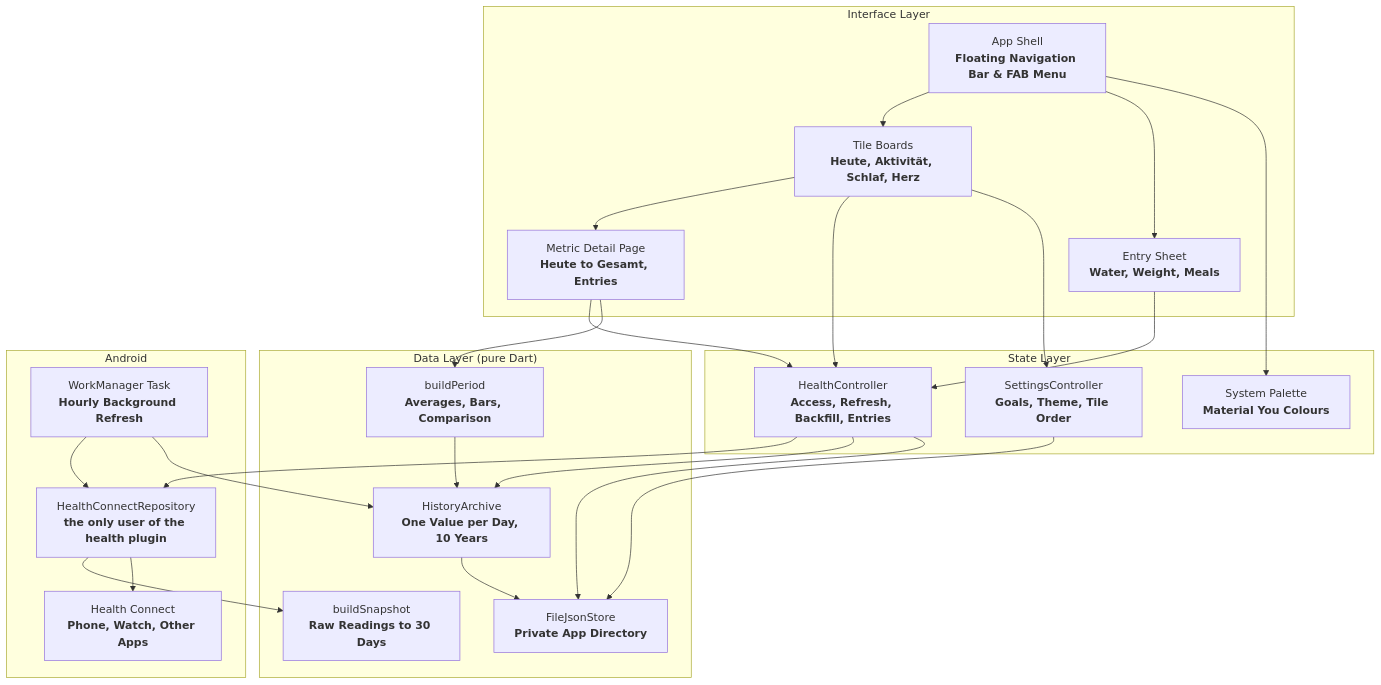
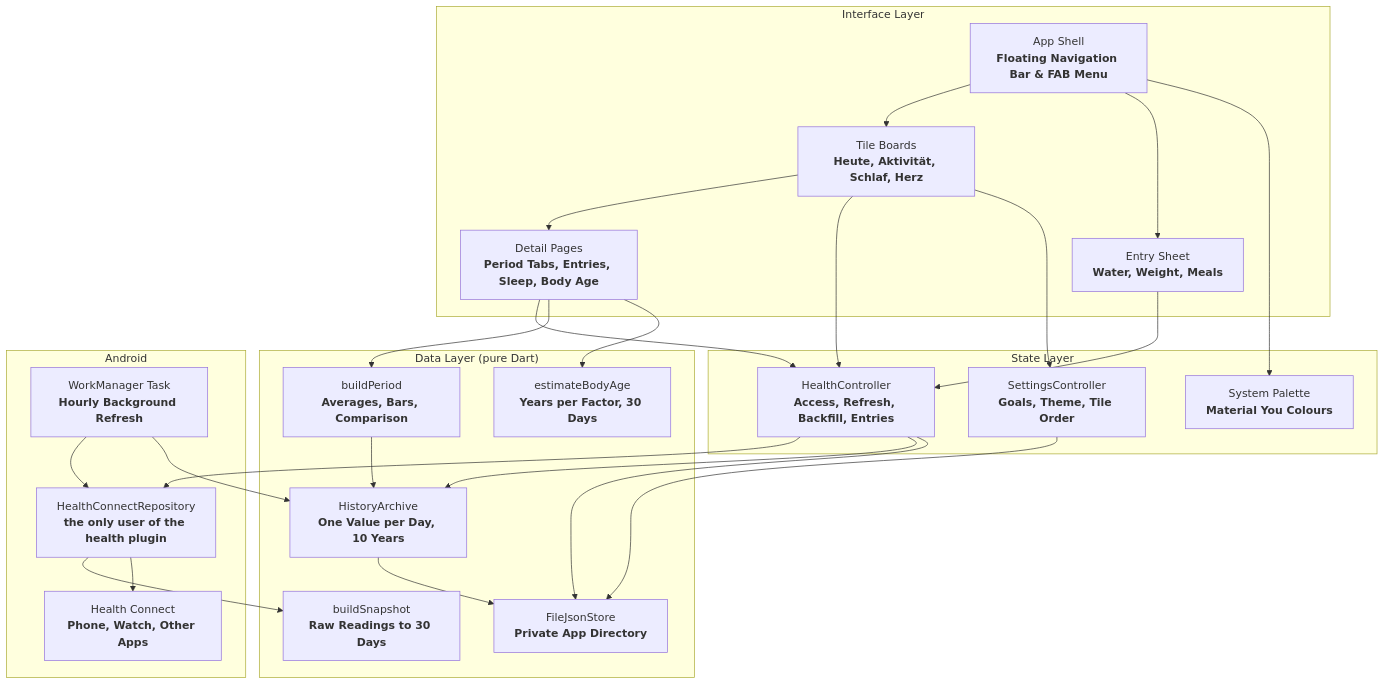
One commit to tomsliikee/pulse changed the first of 2 diagrams in README.md. Above: the diagram before and after it, drawn with Mermaid. The commit also changed other lines of this file and 3 other files, not shown here.

First line of the commit message:
docs: render the README images again and describe the sleep page

````diff
--- a/README.md
+++ b/README.md
@@ -28,48 +28,50 @@
 ```mermaid
 flowchart TD
     subgraph UI ["Interface Layer"]
         Shell["App Shell<br/><b>Floating Navigation Bar & FAB Menu</b>"]
         Boards["Tile Boards<br/><b>Heute, Aktivität, Schlaf, Herz</b>"]
-        Detail["Metric Detail Page<br/><b>Heute to Gesamt, Entries</b>"]
+        Detail["Detail Pages<br/><b>Period Tabs, Entries, Sleep, Body Age</b>"]
         Sheet["Entry Sheet<br/><b>Water, Weight, Meals</b>"]
     end
 
     subgraph State ["State Layer"]
         HealthCtrl["HealthController<br/><b>Access, Refresh, Backfill, Entries</b>"]
         SettingsCtrl["SettingsController<br/><b>Goals, Theme, Tile Order</b>"]
         Palette["System Palette<br/><b>Material You Colours</b>"]
     end
 
     subgraph Data ["Data Layer (pure Dart)"]
         Builder["buildSnapshot<br/><b>Raw Readings to 30 Days</b>"]
         Period["buildPeriod<br/><b>Averages, Bars, Comparison</b>"]
+        Age["estimateBodyAge<br/><b>Years per Factor, 30 Days</b>"]
         History["HistoryArchive<br/><b>One Value per Day, 10 Years</b>"]
         Store["FileJsonStore<br/><b>Private App Directory</b>"]
     end
 
     subgraph Device ["Android"]
         Repo["HealthConnectRepository<br/><b>the only user of the health plugin</b>"]
         HC["Health Connect<br/><b>Phone, Watch, Other Apps</b>"]
         Worker["WorkManager Task<br/><b>Hourly Background Refresh</b>"]
     end
 
     Shell --> Boards
     Boards --> Detail
     Shell --> Sheet
     Boards --> HealthCtrl
     Boards --> SettingsCtrl
     Detail --> HealthCtrl
     Detail --> Period
+    Detail --> Age
     Sheet --> HealthCtrl
     Shell --> Palette
     HealthCtrl --> Repo
     HealthCtrl --> History
     Repo --> Builder
     Repo --> HC
     Worker --> Repo
     Worker --> History
     Period --> History
     History --> Store
     HealthCtrl --> Store
     SettingsCtrl --> Store
 ```
````
